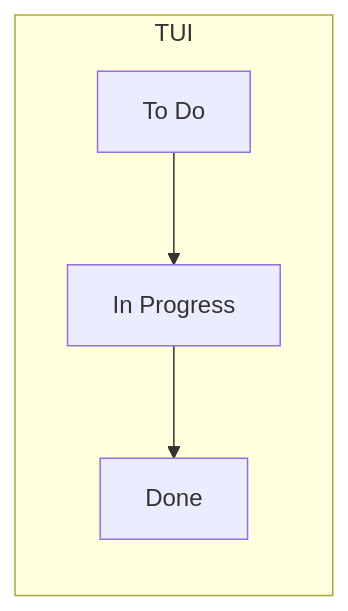
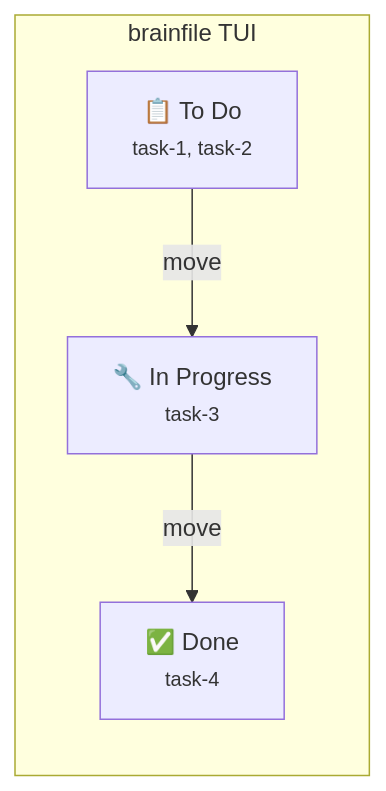
The diagram in docs/tools/cli.md (1broseidon/brainfile), drawn with Mermaid before and after one commit. The commit also changed 6 other files, not shown here.

First line of the commit message:
mermaid diagram cohesive UI overhaul

````diff
--- a/docs/tools/cli.md
+++ b/docs/tools/cli.md
@@ -49,6 +49,7 @@
 ```mermaid
 graph LR
-    subgraph TUI
-        A[To Do] --> B[In Progress] --> C[Done]
+    subgraph TUI["brainfile TUI"]
+        A["📋 To Do<br/><small>task-1, task-2</small>"] -->|move| B["🔧 In Progress<br/><small>task-3</small>"]
+        B -->|move| C["✅ Done<br/><small>task-4</small>"]
     end
 ```
````
